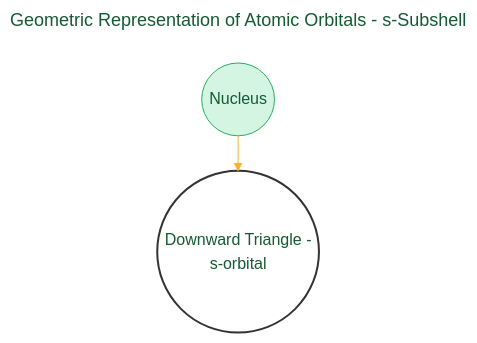
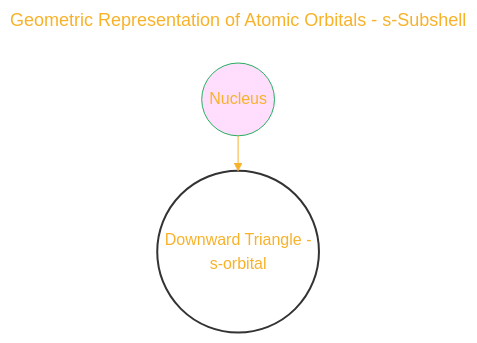
The first of 4 diagrams in Quantum_Harmonic_Atomic_Model/Quantum_Harmonic_Atomic_Model_Draft_5.md (CongLeSolutionX/Harmonic_Atomica), drawn with Mermaid before and after one commit. The commit also changed other lines of this file and 1 other file, not shown here.

````diff
--- a/Quantum_Harmonic_Atomic_Model/Quantum_Harmonic_Atomic_Model_Draft_5.md
+++ b/Quantum_Harmonic_Atomic_Model/Quantum_Harmonic_Atomic_Model_Draft_5.md
@@ -30,34 +30,34 @@
 ```mermaid
 ---
 title: "Geometric Representation of Atomic Orbitals - s-Subshell"
 author: "Cong Le"
 version: "1.0"
 license(s): "MIT, CC BY 4.0"
 copyright: "Copyright (c) 2025 Cong Le. All Rights Reserved."
 config:
   layout: elk
   theme: base
 ---
 %%%%%%%% Mermaid version v11.4.1-b.14
 %%%%%%%% Available curve styles include the following keywords:
 %% basis, bumpX, bumpY, cardinal, catmullRom, linear, monotoneX, monotoneY, natural, step, stepAfter, stepBefore.
 %%{
   init: {
     'flowchart': { 'htmlLabels': false, 'curve': 'linear' },
     'fontFamily': 'Monaco',
     'themeVariables': {
-      'primaryColor': '#D5F5E3',
-      'primaryTextColor': '#145A32',
+      'primaryColor': '#F5E3',
+      'primaryTextColor': '#F8B229',
       'lineColor': '#F8B229',
       'primaryBorderColor': '#27AE60',
       'secondaryColor': '#EBDEF0',
       'secondaryTextColor': '#6C3483',
       'secondaryBorderColor': '#A569BD'
     }
   }
 }%%
 graph TD
 	A(("Nucleus")) --> B(("Downward Triangle -<br/> s-orbital"))
 	style B fill:#fff,stroke:#333,stroke-width:2px
 	
 ```
````
